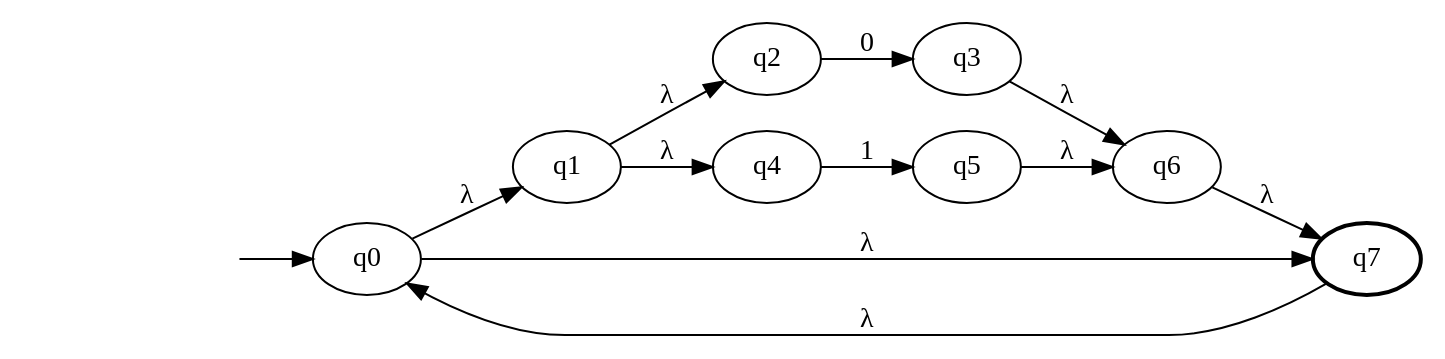
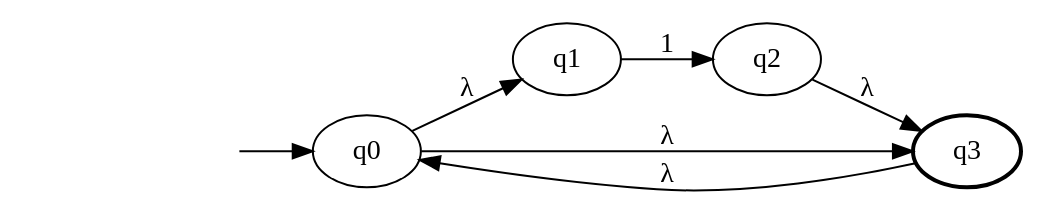
One commit to MarioBaena247/PepitoGrillo69 changed the diagram in AUTLEN/Practica3/Estrella.dot. Above: the diagram before and after it, drawn with Graphviz. The commit also changed 17 other files, not shown here.

```diff
--- a/AUTLEN/Practica3/Estrella.dot
+++ b/AUTLEN/Practica3/Estrella.dot
@@ -1,22 +1,13 @@
 digraph grafo{rankdir=LR;
 	_invisible [style="invis"];
 	inicial [label="q0"];
 	_invisible -> inicial;
-	inicial_X [label="q1"];
-	q1_U1_X [label="q2"];
-	q2_U1_X [label="q3"];
-	q1_U2_X [label="q4"];
-	q2_U2_X [label="q5"];
-	final_X [label="q6"];
-	final [label="q7"][penwidth="2"];
-	q1_U1_X -> q2_U1_X [label="0"];
-	q1_U2_X -> q2_U2_X [label="1"];
-	inicial -> inicial_X [label="&lambda;"];
+	q1_X [label="q1"];
+	q2_X [label="q2"];
+	final [label="q3"][penwidth="2"];
+	q1_X -> q2_X [label="1"];
+	inicial -> q1_X [label="&lambda;"];
 	inicial -> final [label="&lambda;"];
-	inicial_X -> q1_U1_X [label="&lambda;"];
-	inicial_X -> q1_U2_X [label="&lambda;"];
-	q2_U1_X -> final_X [label="&lambda;"];
-	q2_U2_X -> final_X [label="&lambda;"];
-	final_X -> final [label="&lambda;"];
+	q2_X -> final [label="&lambda;"];
 	final -> inicial [label="&lambda;"];
 }
```
